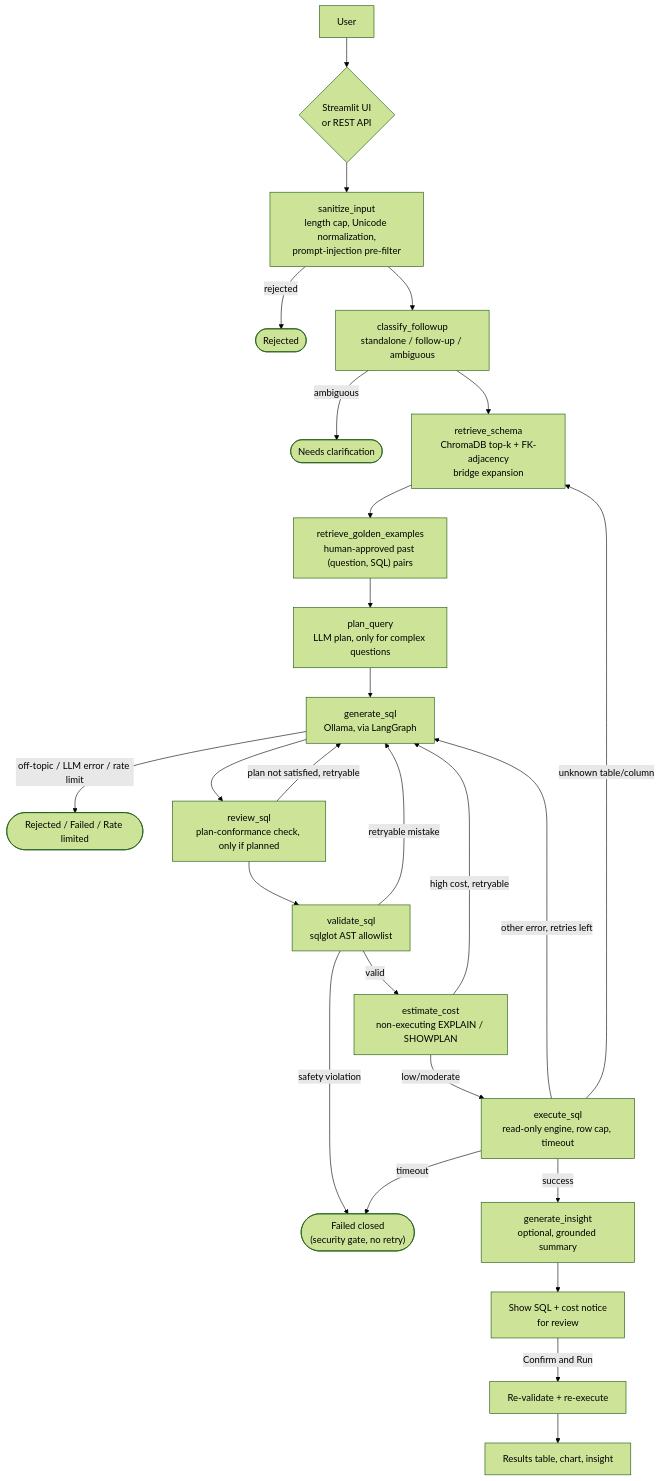
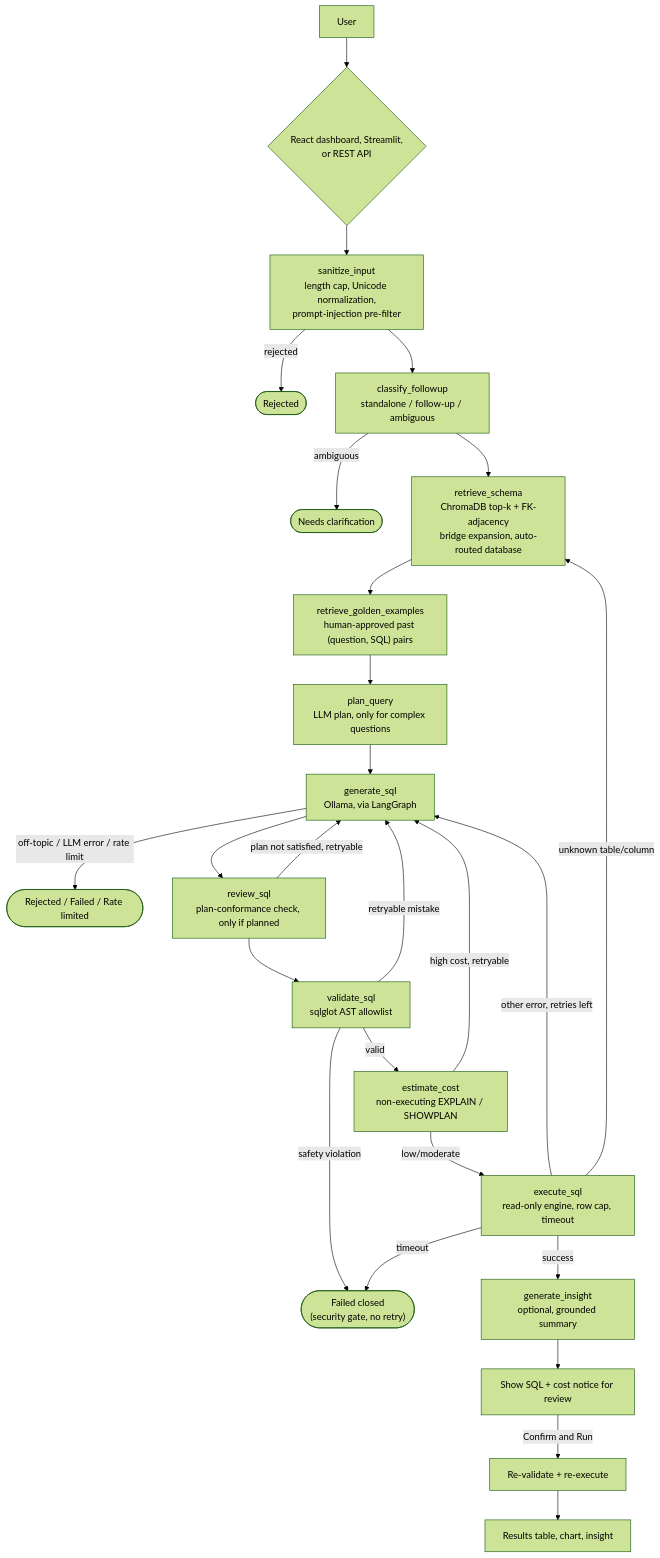
Before and after one commit to surajkumarnavodya/text-to-sql-agent-langgraph: the diagram in README.md, drawn with Mermaid (forest theme). The commit also changed other lines of this file and 30 other files, not shown here.

````diff
--- a/README.md
+++ b/README.md
@@ -70,28 +137,28 @@
 ```mermaid
 flowchart TD
-    U[User] --> ENTRY{"Streamlit UI<br/>or REST API"}
+    U[User] --> ENTRY{"React dashboard, Streamlit,<br/>or REST API"}
     ENTRY --> SI["sanitize_input<br/>length cap, Unicode normalization,<br/>prompt-injection pre-filter"]
     SI -->|rejected| STOP1(["Rejected"])
     SI --> CF["classify_followup<br/>standalone / follow-up / ambiguous"]
     CF -->|ambiguous| STOP2(["Needs clarification"])
-    CF --> RS["retrieve_schema<br/>ChromaDB top-k + FK-adjacency<br/>bridge expansion"]
+    CF --> RS["retrieve_schema<br/>ChromaDB top-k + FK-adjacency<br/>bridge expansion, auto-routed database"]
     RS --> RGE["retrieve_golden_examples<br/>human-approved past (question, SQL) pairs"]
     RGE --> PQ["plan_query<br/>LLM plan, only for complex questions"]
     PQ --> GS["generate_sql<br/>Ollama, via LangGraph"]
     GS -->|off-topic / LLM error / rate limit| STOP3(["Rejected / Failed / Rate limited"])
     GS --> RV["review_sql<br/>plan-conformance check, only if planned"]
     RV -->|plan not satisfied, retryable| GS
     RV --> VS["validate_sql<br/>sqlglot AST allowlist"]
     VS -->|retryable mistake| GS
     VS -->|safety violation| STOP4(["Failed closed<br/>(security gate, no retry)"])
     VS -->|valid| CE["estimate_cost<br/>non-executing EXPLAIN / SHOWPLAN"]
     CE -->|high cost, retryable| GS
     CE -->|low/moderate| ES["execute_sql<br/>read-only engine, row cap, timeout"]
     ES -->|unknown table/column| RS
     ES -->|other error, retries left| GS
     ES -->|timeout| STOP4
     ES -->|success| GI["generate_insight<br/>optional, grounded summary"]
-    GI --> REVIEW["Show SQL + cost notice<br/>for review"]
+    GI --> REVIEW["Show SQL + cost notice for review"]
     REVIEW -->|Confirm and Run| RUN[Re-validate + re-execute]
     RUN --> RESULTS[Results table, chart, insight]
 ```
````
